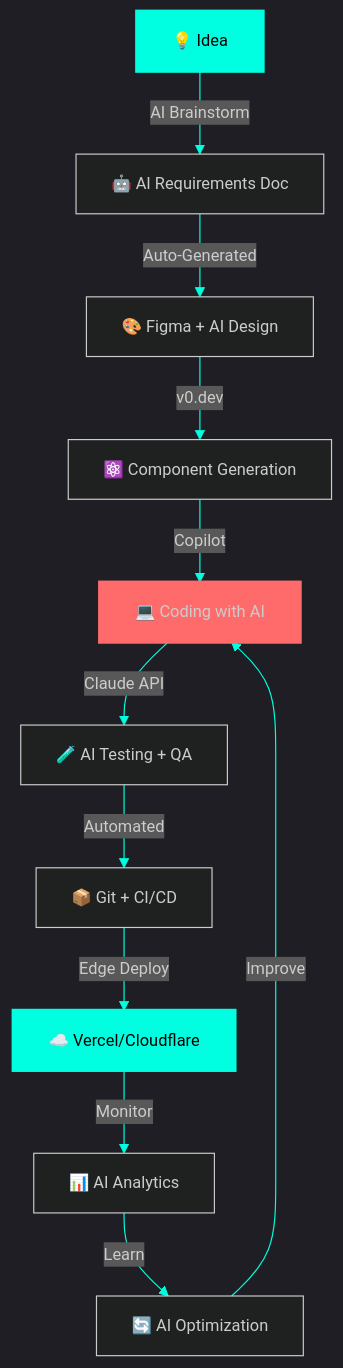
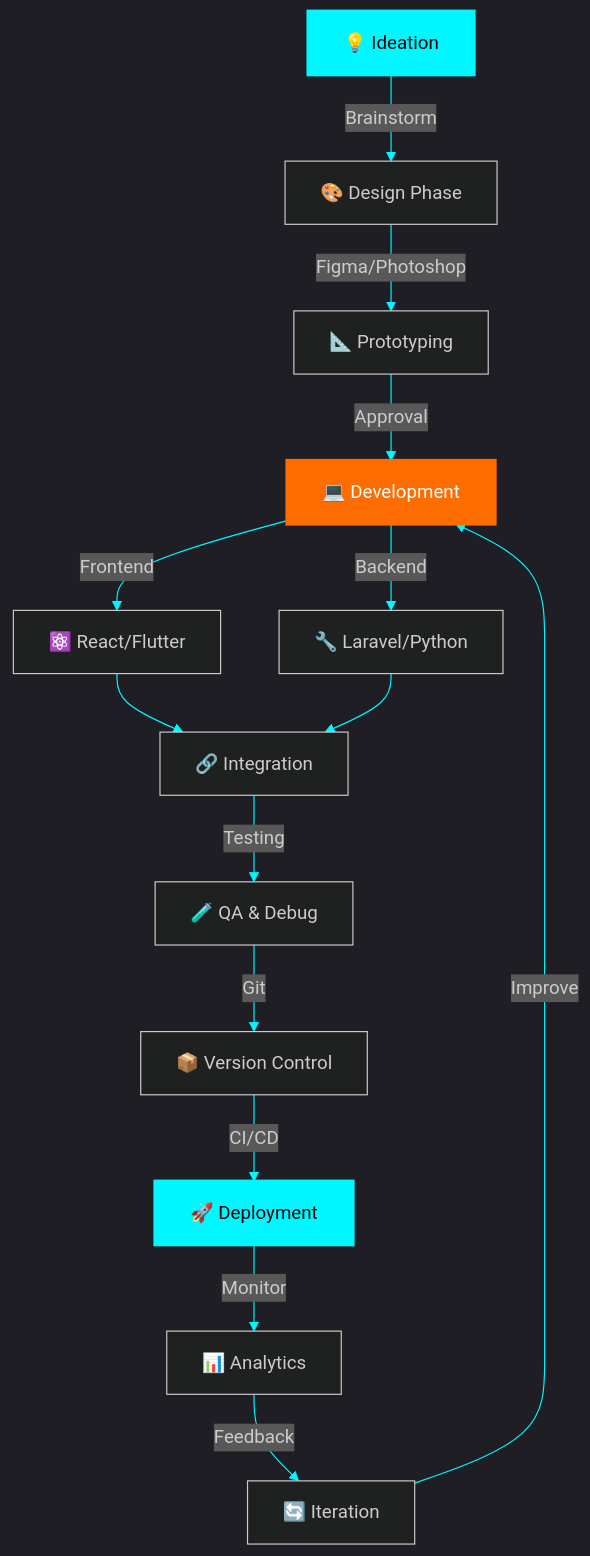
One commit to AbdelazizAabbour/AbdelazizAabbour changed the diagram in README.md. Above: the diagram before and after it, drawn with Mermaid. The commit also changed other lines of this file, not shown here.

````diff
--- a/README.md
+++ b/README.md
@@ -431,18 +400,21 @@
 ```mermaid
-%%{init: {'theme':'dark', 'themeVariables': { 'primaryColor':'#00FFE1', 'primaryTextColor':'#fff', 'primaryBorderColor':'#00FFE1', 'lineColor':'#00FFE1', 'secondaryColor':'#1a1a2e', 'tertiaryColor':'#16213e', 'fontSize':'14px'}}}%%
+%%{init: {'theme':'dark', 'themeVariables': { 'primaryColor':'#00F7FF', 'primaryTextColor':'#fff', 'primaryBorderColor':'#00F7FF', 'lineColor':'#00F7FF', 'secondaryColor':'#1a1a2e', 'tertiaryColor':'#16213e'}}}%%
 graph TB
-    A[💡 Idea] -->|AI Brainstorm| B[🤖 AI Requirements Doc]
-    B -->|Auto-Generated| C[🎨 Figma + AI Design]
-    C -->|v0.dev| D[⚛️ Component Generation]
-    D -->|Copilot| E[💻 Coding with AI]
-    E -->|Claude API| F[🧪 AI Testing + QA]
-    F -->|Automated| G[📦 Git + CI/CD]
-    G -->|Edge Deploy| H[☁️ Vercel/Cloudflare]
-    H -->|Monitor| I[📊 AI Analytics]
-    I -->|Learn| J[🔄 AI Optimization]
-    J -->|Improve| E
+    A[💡 Ideation] -->|Brainstorm| B[🎨 Design Phase]
+    B -->|Figma/Photoshop| C[📐 Prototyping]
+    C -->|Approval| D[💻 Development]
+    D -->|Frontend| E[⚛️ React/Flutter]
+    D -->|Backend| F[🔧 Laravel/Python]
+    E --> G[🔗 Integration]
+    F --> G
+    G -->|Testing| H[🧪 QA & Debug]
+    H -->|Git| I[📦 Version Control]
+    I -->|CI/CD| J[🚀 Deployment]
+    J -->|Monitor| K[📊 Analytics]
+    K -->|Feedback| L[🔄 Iteration]
+    L -->|Improve| D
     
-    style A fill:#00FFE1,stroke:#00FFE1,stroke-width:3px,color:#000
-    style E fill:#FF6B6B,stroke:#FF6B6B,stroke-width:3px
-    style H fill:#00FFE1,stroke:#00FFE1,stroke-width:3px,color:#000
+    style A fill:#00F7FF,stroke:#00F7FF,stroke-width:3px,color:#000
+    style D fill:#FF6D00,stroke:#FF6D00,stroke-width:3px,color:#fff
+    style J fill:#00F7FF,stroke:#00F7FF,stroke-width:3px,color:#000
 ```
````
